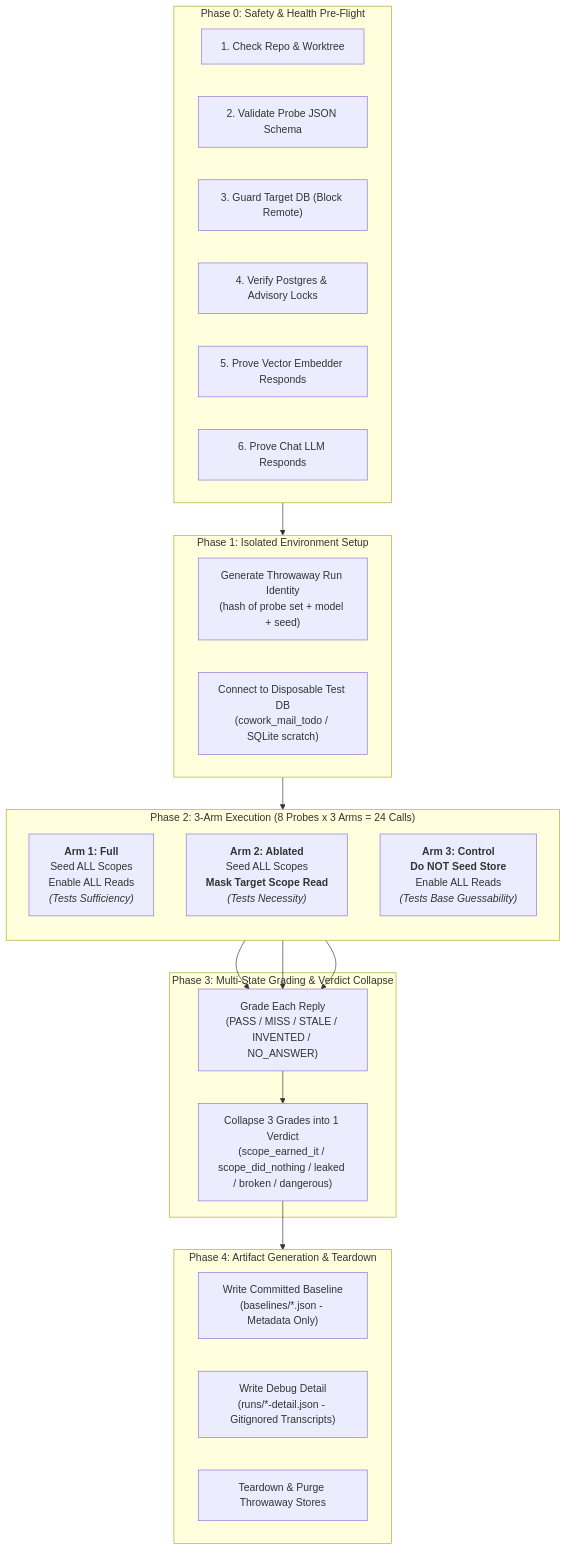
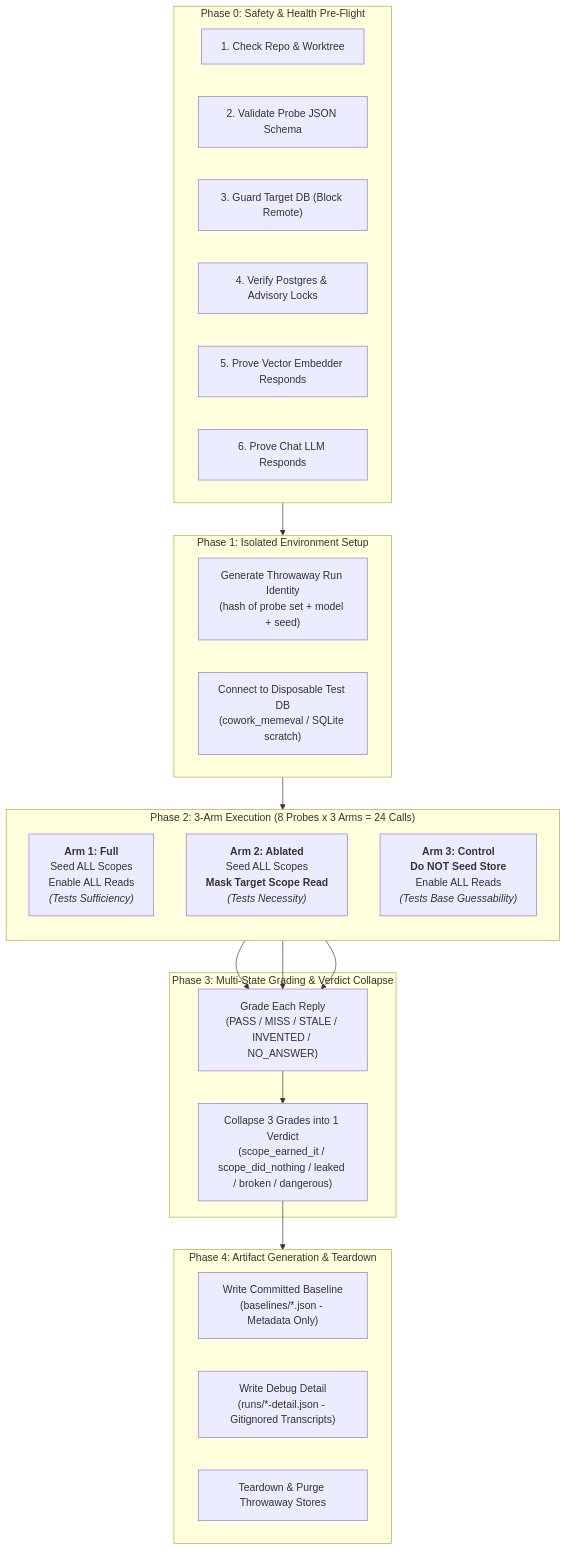
Before and after one commit to MathematicGuy/EMAIL-AGENT-v1: the first of 2 diagrams in evaluations/MEMORIES/MEMORY_IN_A_NUTSHELL.md, drawn with Mermaid. The commit also changed other lines of this file and 9 other files, not shown here.

````diff
--- a/evaluations/MEMORIES/MEMORY_IN_A_NUTSHELL.md
+++ b/evaluations/MEMORIES/MEMORY_IN_A_NUTSHELL.md
@@ -91,42 +91,42 @@
 ```mermaid
 flowchart TD
     subgraph Preflight ["Phase 0: Safety & Health Pre-Flight"]
         C1["1. Check Repo & Worktree"]
         C2["2. Validate Probe JSON Schema"]
         C3["3. Guard Target DB (Block Remote)"]
         C4["4. Verify Postgres & Advisory Locks"]
         C5["5. Prove Vector Embedder Responds"]
         C6["6. Prove Chat LLM Responds"]
     end
 
     subgraph Setup ["Phase 1: Isolated Environment Setup"]
         ID["Generate Throwaway Run Identity<br/>(hash of probe set + model + seed)"]
-        DB["Connect to Disposable Test DB<br/>(cowork_mail_todo / SQLite scratch)"]
+        DB["Connect to Disposable Test DB<br/>(cowork_memeval / SQLite scratch)"]
     end
 
     subgraph ProbeLoop ["Phase 2: 3-Arm Execution (8 Probes x 3 Arms = 24 Calls)"]
         direction TB
         ARM1["<b>Arm 1: Full</b><br/>Seed ALL Scopes<br/>Enable ALL Reads<br/><i>(Tests Sufficiency)</i>"]
         ARM2["<b>Arm 2: Ablated</b><br/>Seed ALL Scopes<br/><b>Mask Target Scope Read</b><br/><i>(Tests Necessity)</i>"]
         ARM3["<b>Arm 3: Control</b><br/><b>Do NOT Seed Store</b><br/>Enable ALL Reads<br/><i>(Tests Base Guessability)</i>"]
     end
 
     subgraph Scoring ["Phase 3: Multi-State Grading & Verdict Collapse"]
         GRADE["Grade Each Reply<br/>(PASS / MISS / STALE / INVENTED / NO_ANSWER)"]
         COLLAPSE["Collapse 3 Grades into 1 Verdict<br/>(scope_earned_it / scope_did_nothing / leaked / broken / dangerous)"]
     end
 
     subgraph Reporting ["Phase 4: Artifact Generation & Teardown"]
         BASE["Write Committed Baseline<br/>(baselines/*.json - Metadata Only)"]
         RUNS["Write Debug Detail<br/>(runs/*-detail.json - Gitignored Transcripts)"]
         CLEAN["Teardown & Purge Throwaway Stores"]
     end
 
     Preflight --> Setup
     Setup --> ProbeLoop
     ARM1 --> GRADE
     ARM2 --> GRADE
     ARM3 --> GRADE
     GRADE --> COLLAPSE
     COLLAPSE --> Reporting
 ```
````
